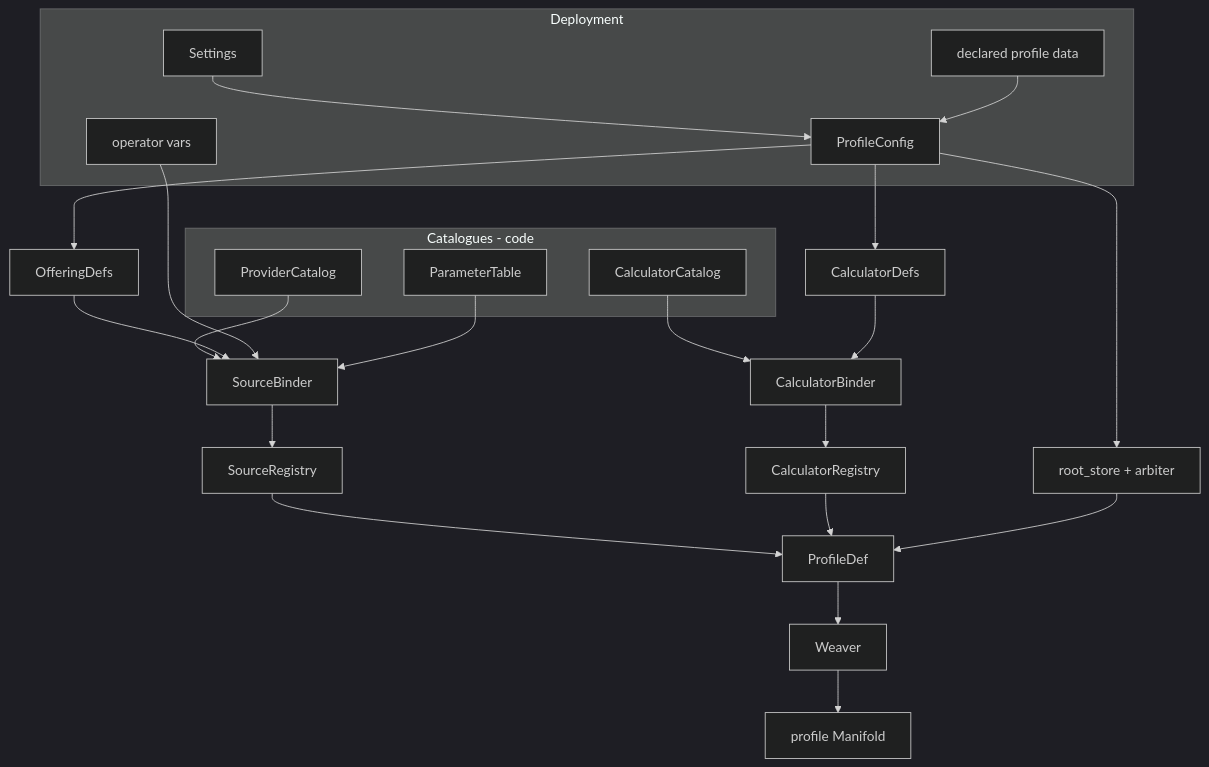
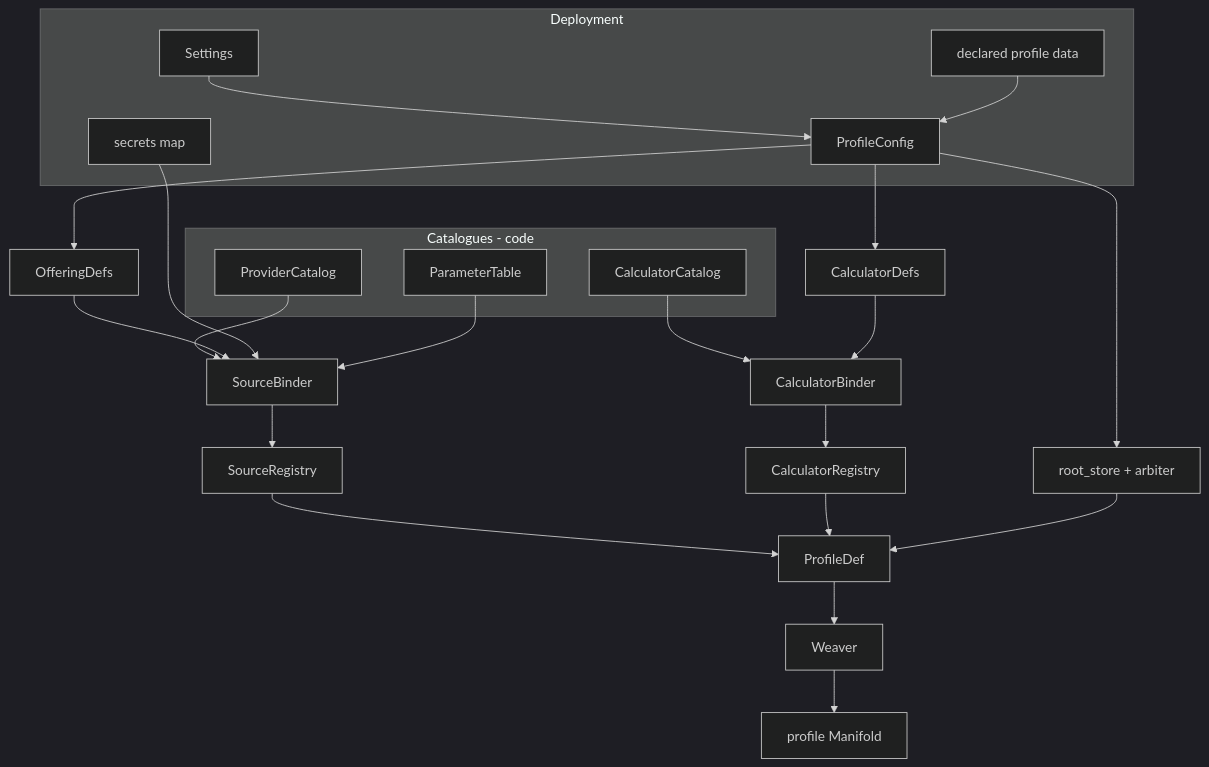
Before and after one commit to dveyarangi/meteoscape: the first of 4 diagrams in docs/adr/0005-build-time-composition.md, drawn with Mermaid (dark theme). The commit also changed other lines of this file and 14 other files, not shown here.

````diff
--- a/docs/adr/0005-build-time-composition.md
+++ b/docs/adr/0005-build-time-composition.md
@@ -15,29 +15,29 @@
 ```mermaid
 flowchart TB
   subgraph catalogues [Catalogues - code]
     PC[ProviderCatalog]
     CC[CalculatorCatalog]
     PT[ParameterTable]
   end
   subgraph deploy [Deployment]
-    Sec[operator vars]
+    Sec[secrets map]
     Settings --> PC0[ProfileConfig]
     Decl[declared profile data] --> PC0
   end
   PC0 --> OD[OfferingDefs]
   PC0 --> CS[CalculatorDefs]
   PC0 --> RS[root_store + arbiter]
   PC --> SB[SourceBinder]
   OD --> SB
   Sec --> SB
   PT --> SB
   SB --> SR[SourceRegistry]
   CC --> CB[CalculatorBinder]
   CS --> CB
   CB --> CR[CalculatorRegistry]
   SR --> PD[ProfileDef]
   CR --> PD
   RS --> PD
   PD --> Weaver
   Weaver --> M[profile Manifold]
 ```
````
